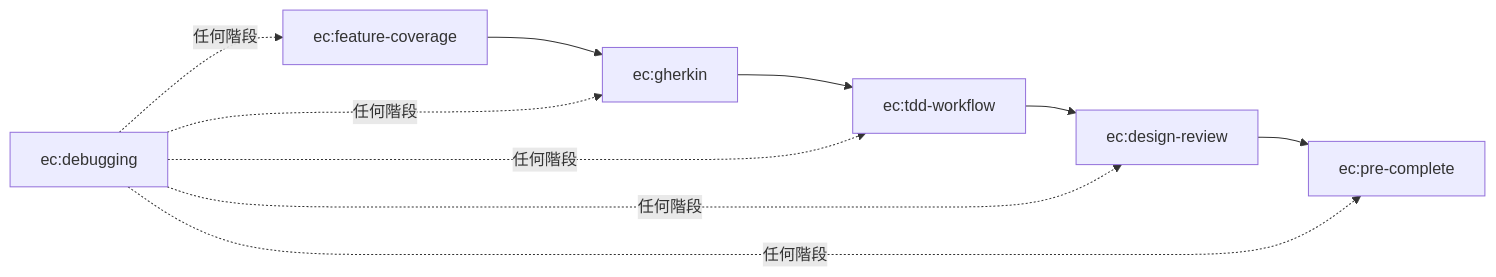
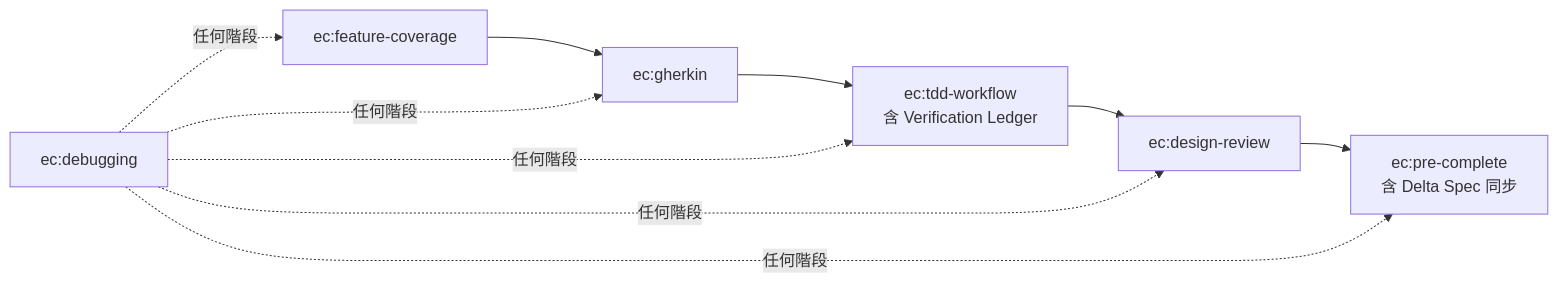
One commit to class83108/spec-to-quality changed the diagram in README.md. Above: the diagram before and after it, drawn with Mermaid. The commit also changed other lines of this file, not shown here.

````diff
--- a/README.md
+++ b/README.md
@@ -18,8 +20,8 @@
 ```mermaid
 flowchart LR
     A[ec:feature-coverage] --> B[ec:gherkin]
-    B --> C[ec:tdd-workflow]
+    B --> C[ec:tdd-workflow<br/>含 Verification Ledger]
     C --> D[ec:design-review]
-    D --> E[ec:pre-complete]
+    D --> E[ec:pre-complete<br/>含 Delta Spec 同步]
     F[ec:debugging] -.-> |任何階段| A & B & C & D & E
 ```
````
